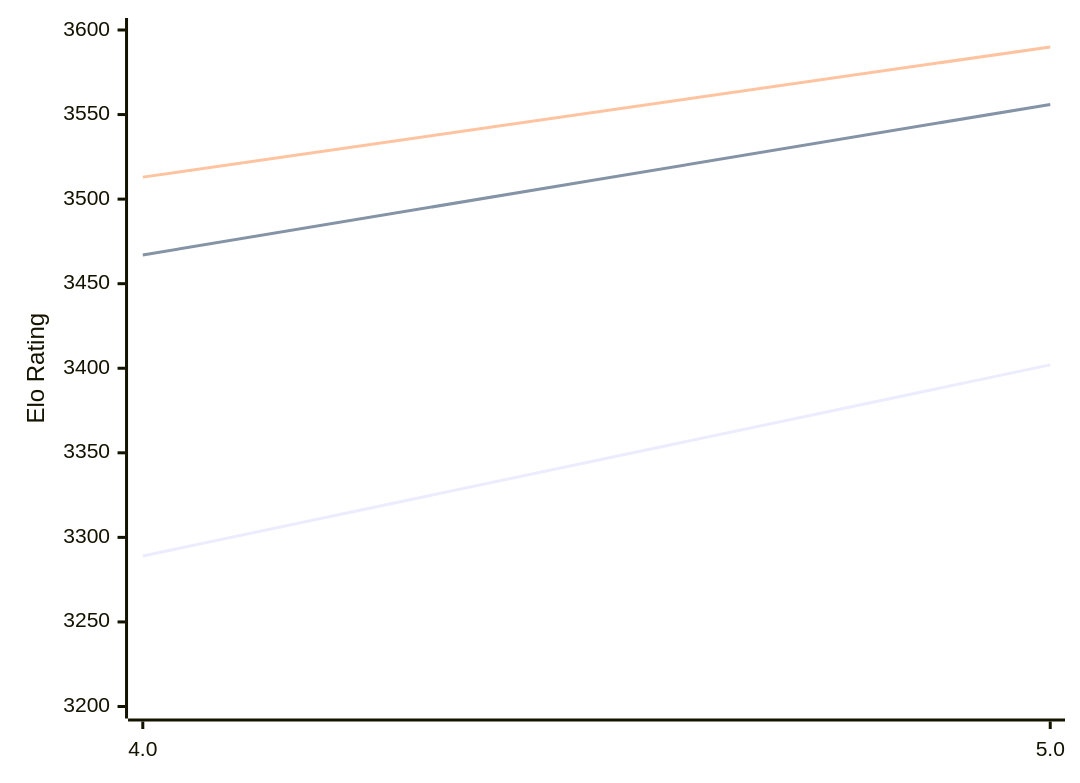
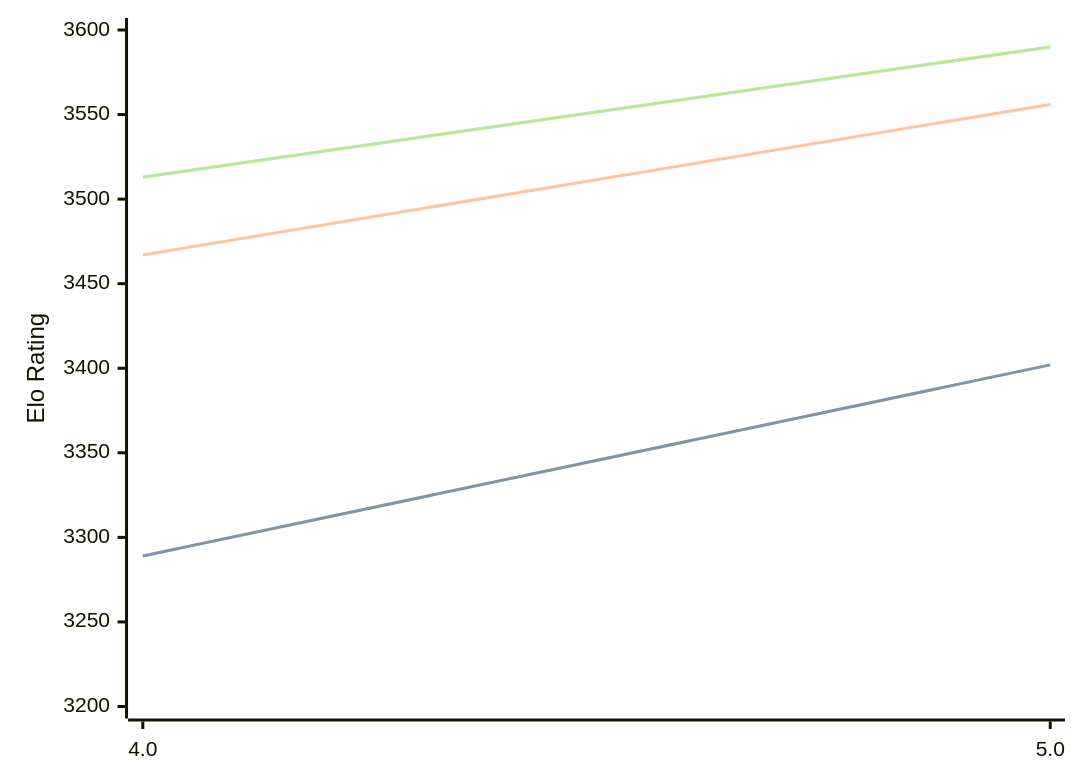
The diagram in engines/Tarnished.md (computer-chess-index/cci), drawn with Mermaid before and after one commit. The commit also changed other lines of this file, not shown here.

Commit message:
Update CCI Ratings (ELO VLTC) - 2026-02-13

````diff
--- a/engines/Tarnished.md
+++ b/engines/Tarnished.md
@@ -33,9 +33,11 @@
 ```mermaid
 %%{init: {"theme":"base","themeVariables":{"seriesColors:['#a3a3a3','#222221','#faa371']}}}%%
 xychart-beta
   x-axis ["4.0", "5.0"]
   y-axis "Elo Rating" 3200 --> 3600
   line "STC (8.0+0.08s)" [3289, 3402]
+  line "STC (8.0+0.08s)" [3289, 3402]
   line "LTC (60.0+0.60s)" [3467, 3556]
   line "VLTC (2m24s+1.12s)" [3513, 3590]
+  line "VLTC (2m24s+1.12s)" [3513, 3590]
 ```
````
